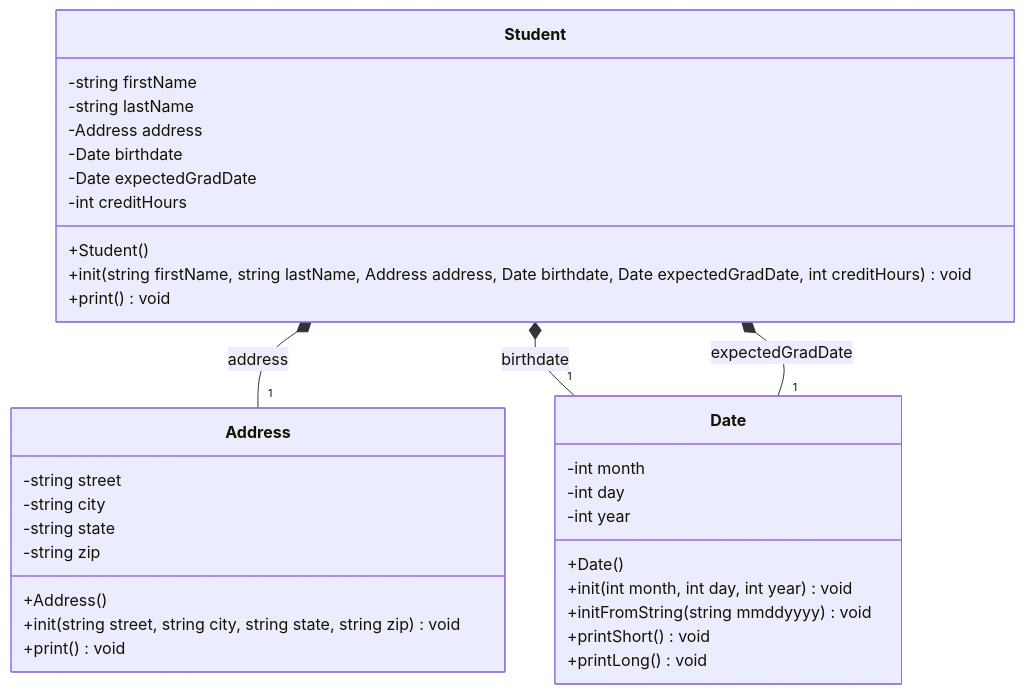
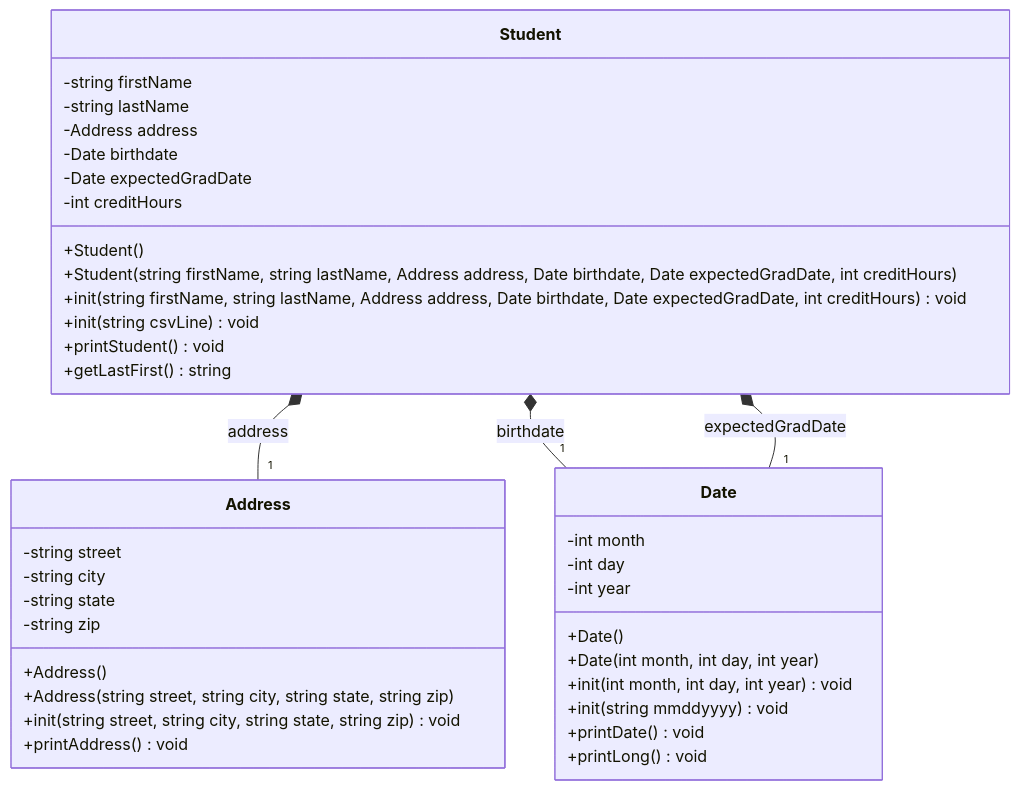
One commit to brozone700/CompSci121HeapOfStudents changed the diagram in README.md. Above: the diagram before and after it, drawn with Mermaid.

````diff
--- a/README.md
+++ b/README.md
@@ -3,39 +3,44 @@
 ```mermaid
 classDiagram
     class Date {
         -int month
         -int day
         -int year
         +Date()
+        +Date(int month, int day, int year)
         +init(int month, int day, int year) void
-        +initFromString(string mmddyyyy) void
-        +printShort() void
+        +init(string mmddyyyy) void
+        +printDate() void
         +printLong() void
     }
 
     class Address {
         -string street
         -string city
         -string state
         -string zip
         +Address()
+        +Address(string street, string city, string state, string zip)
         +init(string street, string city, string state, string zip) void
-        +print() void
+        +printAddress() void
     }
 
     class Student {
         -string firstName
         -string lastName
         -Address address
         -Date birthdate
         -Date expectedGradDate
         -int creditHours
         +Student()
+        +Student(string firstName, string lastName, Address address, Date birthdate, Date expectedGradDate, int creditHours)
         +init(string firstName, string lastName, Address address, Date birthdate, Date expectedGradDate, int creditHours) void
-        +print() void
+        +init(string csvLine) void
+        +printStudent() void
+        +getLastFirst() string
     }
 
     Student *-- "1" Address : address
     Student *-- "1" Date : birthdate
     Student *-- "1" Date : expectedGradDate
 ```
````
